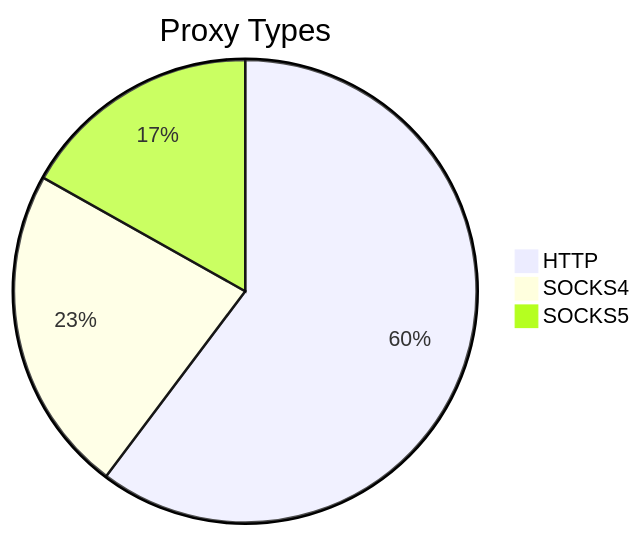
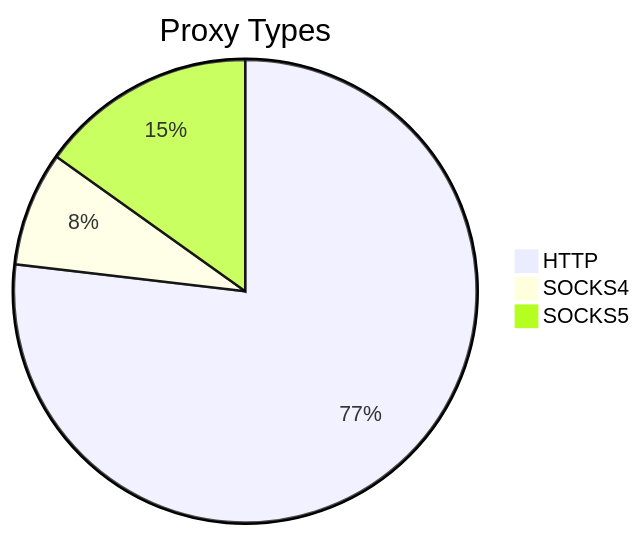
One commit to stormsia/proxy-list changed the first of 2 diagrams in README.md. Above: the diagram before and after it, drawn with Mermaid. The commit also changed other lines of this file, not shown here.

````diff
--- a/README.md
+++ b/README.md
@@ -21,6 +21,6 @@
 ```mermaid
 pie title Proxy Types
-    "HTTP" : 329
-    "SOCKS4" : 125
-    "SOCKS5" : 92
+    "HTTP" : 269
+    "SOCKS4" : 28
+    "SOCKS5" : 53
 ```
````
